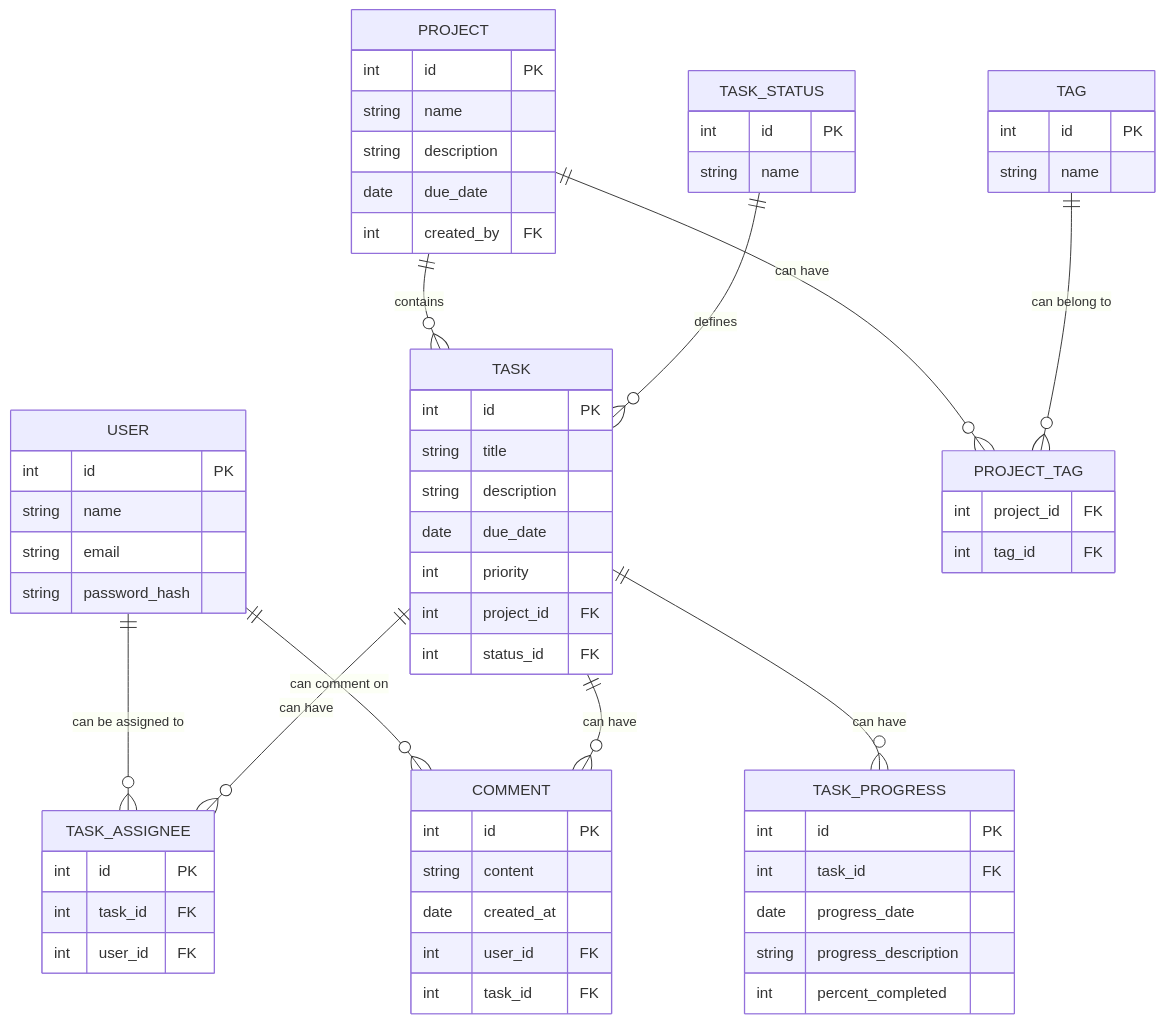
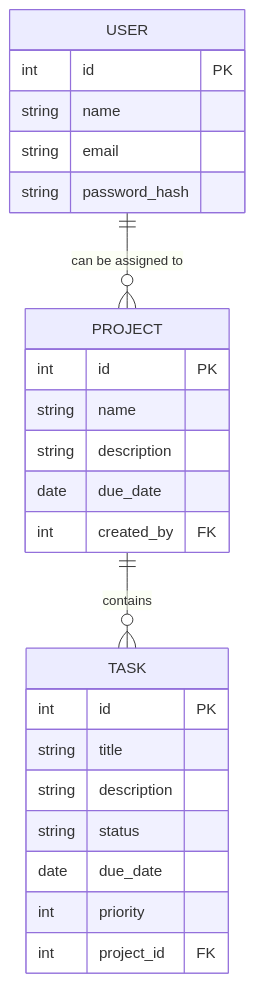
The diagram in README.md (michaelact/work-everywhere-api), drawn with Mermaid before and after one commit. The commit also changed 1 other file, not shown here.

Commit message:
docs: initial structure

````diff
--- a/README.md
+++ b/README.md
@@ -13,74 +13,30 @@
 ```mermaid
 erDiagram
     USER {
         int id PK
         string name
         string email
         string password_hash
     }
 
     PROJECT {
         int id PK
         string name
         string description
         date due_date
         int created_by FK
     }
 
     TASK {
         int id PK
         string title
         string description
+        string status
         date due_date
         int priority
         int project_id FK
-        int status_id FK
     }
 
-    TASK_STATUS {
-        int id PK
-        string name
-    }
-
-    TASK_ASSIGNEE {
-        int id PK
-        int task_id FK
-        int user_id FK
-    }
-
-    COMMENT {
-        int id PK
-        string content
-        date created_at
-        int user_id FK
-        int task_id FK
-    }
-
-    TAG {
-        int id PK
-        string name
-    }
-
-    PROJECT_TAG {
-        int project_id FK
-        int tag_id FK
-    }
-
-    TASK_PROGRESS {
-        int id PK
-        int task_id FK
-        date progress_date
-        string progress_description
-        int percent_completed
-    }
-
-    USER ||--o{ TASK_ASSIGNEE : "can be assigned to"
-    USER ||--o{ COMMENT : "can comment on"
+    USER ||--o{ PROJECT : "can be assigned to"
     PROJECT ||--o{ TASK : "contains"
-    TASK_STATUS ||--o{ TASK : "defines"
-    TASK ||--o{ TASK_ASSIGNEE : "can have"
-    PROJECT ||--o{ PROJECT_TAG : "can have"
-    TAG ||--o{ PROJECT_TAG : "can belong to"
-    TASK ||--o{ COMMENT : "can have"
-    TASK ||--o{ TASK_PROGRESS : "can have"
 ```
````
